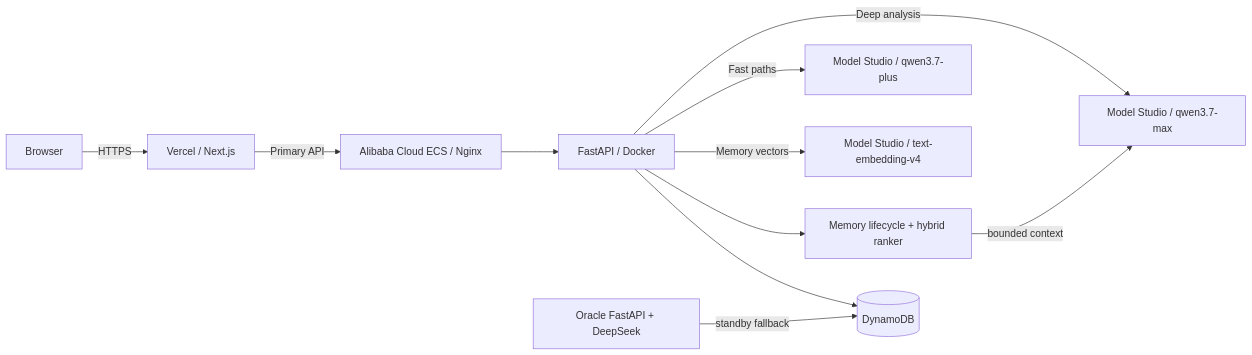
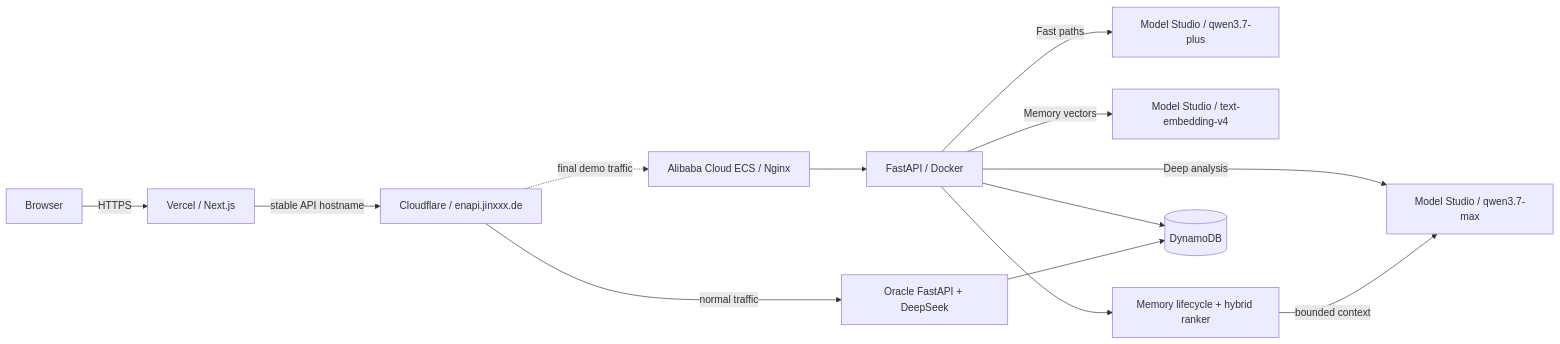
One commit to jinyu-cai/weakspot-english-coach changed the diagram in docs/ALIBABA_QWEN_DEPLOYMENT.md. Above: the diagram before and after it, drawn with Mermaid. The commit also changed other lines of this file and 27 other files, not shown here.

````diff
--- a/docs/ALIBABA_QWEN_DEPLOYMENT.md
+++ b/docs/ALIBABA_QWEN_DEPLOYMENT.md
@@ -9,13 +10,15 @@
 ```mermaid
 flowchart LR
     Browser[Browser] -->|HTTPS| Web[Vercel / Next.js]
-    Web -->|Primary API| AlibabaNginx[Alibaba Cloud ECS / Nginx]
+    Web -->|stable API hostname| Edge[Cloudflare / enapi.jinxxx.de]
+    Edge -->|normal traffic| Oracle[Oracle FastAPI + DeepSeek]
+    Edge -. final demo traffic .-> AlibabaNginx[Alibaba Cloud ECS / Nginx]
     AlibabaNginx --> AlibabaAPI[FastAPI / Docker]
     AlibabaAPI -->|Deep analysis| QwenMax[Model Studio / qwen3.7-max]
     AlibabaAPI -->|Fast paths| QwenPlus[Model Studio / qwen3.7-plus]
     AlibabaAPI -->|Memory vectors| QwenEmbed[Model Studio / text-embedding-v4]
     AlibabaAPI --> Memory[Memory lifecycle + hybrid ranker]
     Memory -->|bounded context| QwenMax
     AlibabaAPI --> Data[(DynamoDB)]
-    Oracle[Oracle FastAPI + DeepSeek] -->|standby fallback| Data
+    Oracle --> Data
 ```
````
